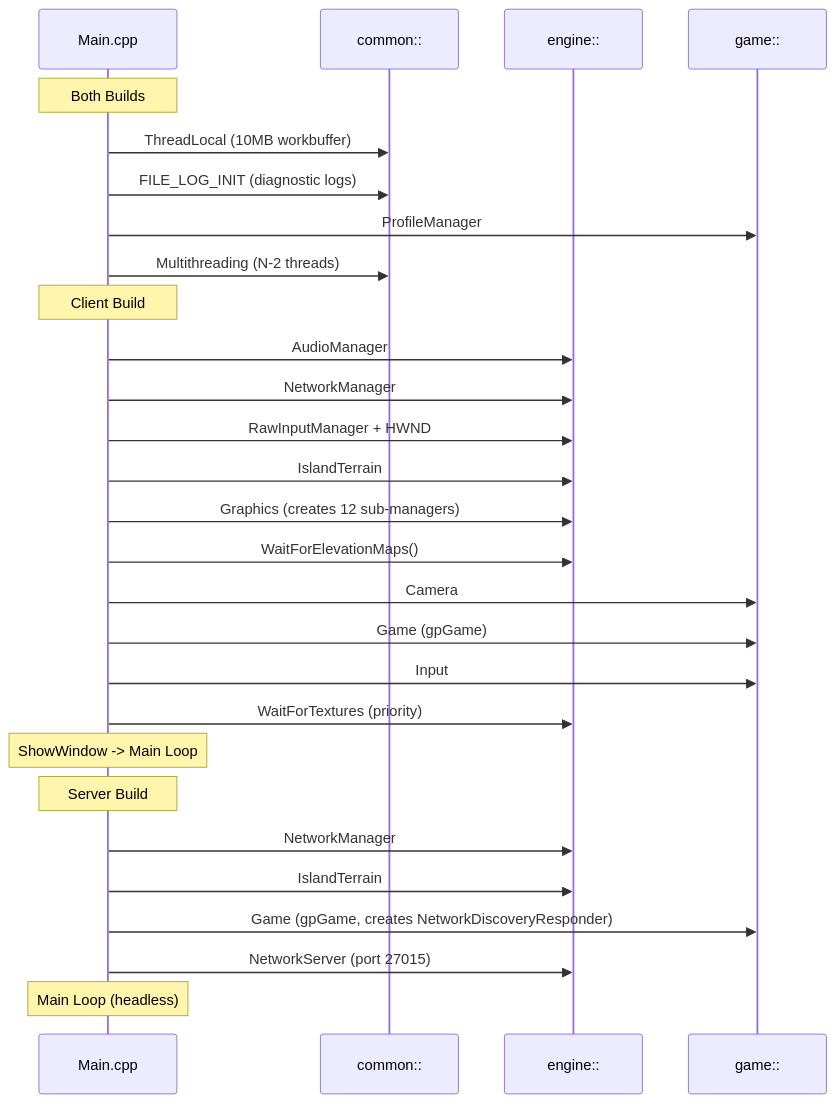
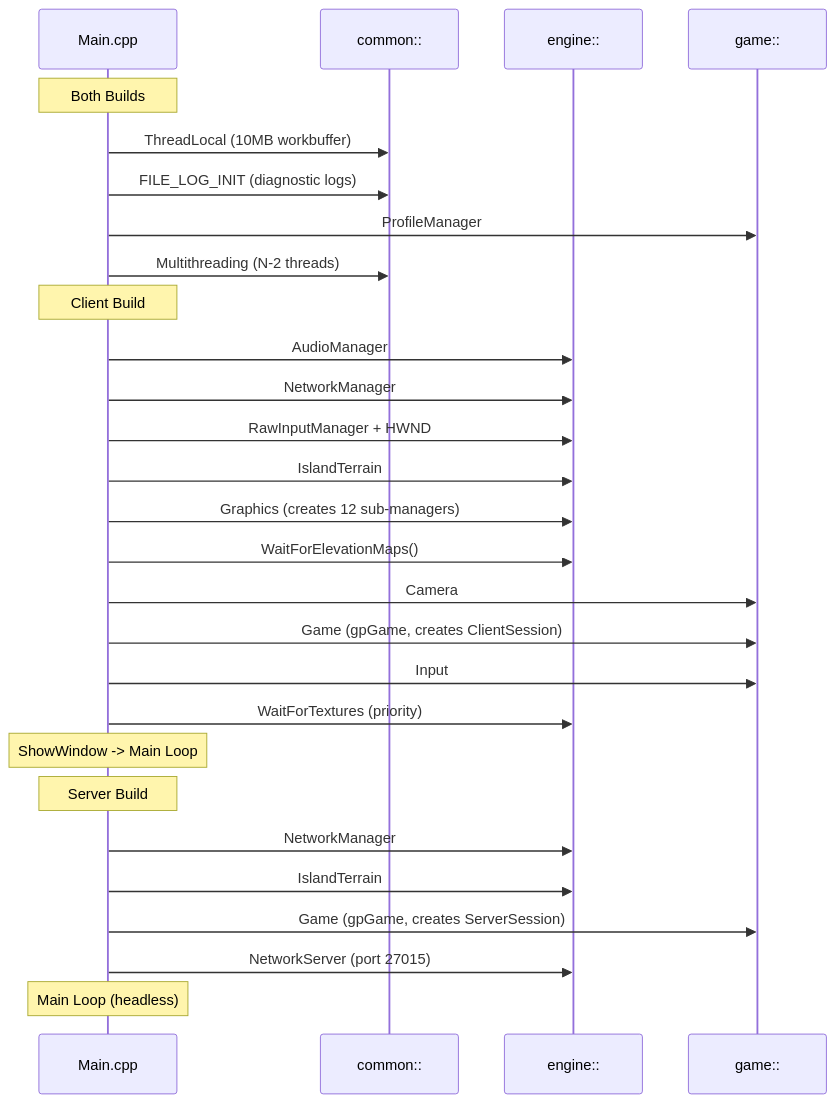
The second of 2 diagrams in Documents/Architecture/SystemOverview.md (DougTanner/BrokenEnginePublic), drawn with Mermaid before and after one commit. The commit also changed other lines of this file and 52 other files, not shown here.

Commit message:
Refactoring network out of game

````diff
--- a/Documents/Architecture/SystemOverview.md
+++ b/Documents/Architecture/SystemOverview.md
@@ -73,34 +77,34 @@
 ```mermaid
 %%{init: {'theme': 'default'}}%%
 sequenceDiagram
     participant Main as Main.cpp
     participant Common as common::
     participant Engine as engine::
     participant Game as game::
 
     Note over Main: Both Builds
     Main->>Common: ThreadLocal (10MB workbuffer)
     Main->>Common: FILE_LOG_INIT (diagnostic logs)
     Main->>Game: ProfileManager
     Main->>Common: Multithreading (N-2 threads)
 
     Note over Main: Client Build
     Main->>Engine: AudioManager
     Main->>Engine: NetworkManager
     Main->>Engine: RawInputManager + HWND
     Main->>Engine: IslandTerrain
     Main->>Engine: Graphics (creates 12 sub-managers)
     Main->>Engine: WaitForElevationMaps()
     Main->>Game: Camera
-    Main->>Game: Game (gpGame)
+    Main->>Game: Game (gpGame, creates ClientSession)
     Main->>Game: Input
     Main->>Engine: WaitForTextures (priority)
     Note over Main: ShowWindow -> Main Loop
 
     Note over Main: Server Build
     Main->>Engine: NetworkManager
     Main->>Engine: IslandTerrain
-    Main->>Game: Game (gpGame, creates NetworkDiscoveryResponder)
+    Main->>Game: Game (gpGame, creates ServerSession)
     Main->>Engine: NetworkServer (port 27015)
     Note over Main: Main Loop (headless)
 ```
````
